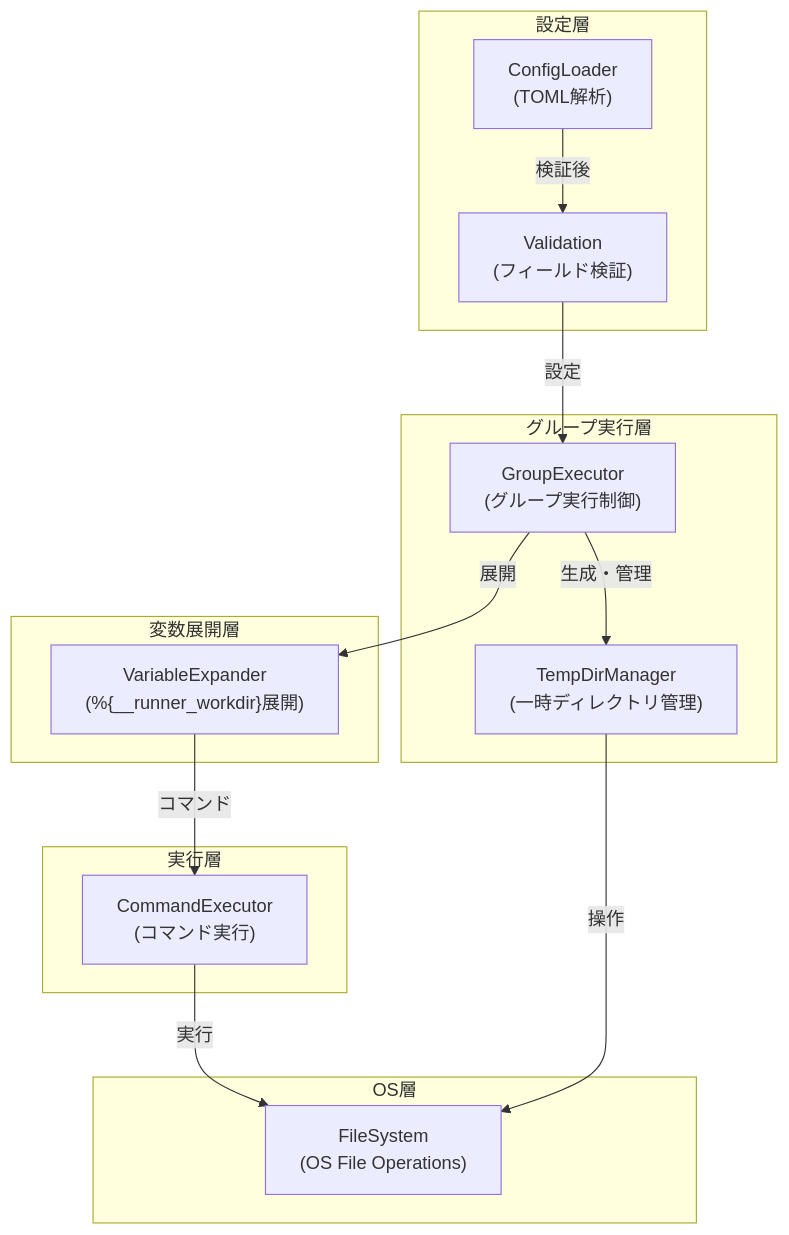
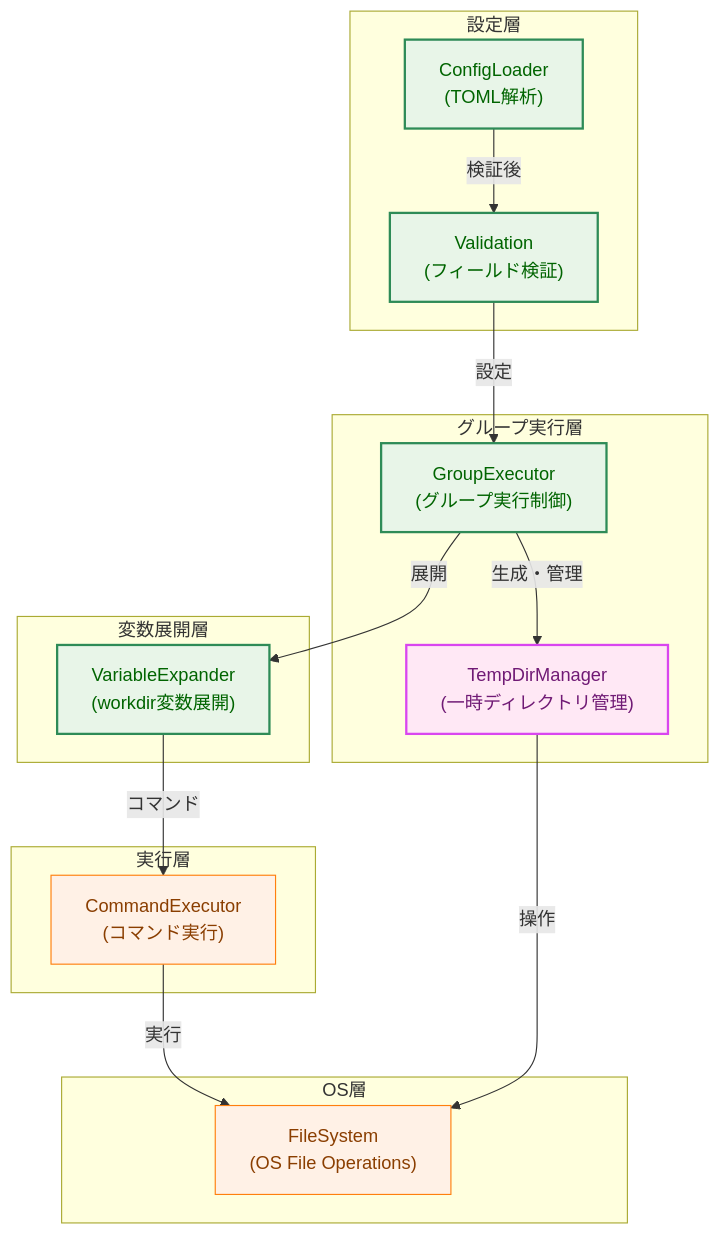
Before and after one commit to isseis/go-safe-cmd-runner: the first of 11 diagrams in docs/tasks/0034_workdir_redesign/02_architecture.md, drawn with Mermaid. The commit also changed other lines of this file and 1 other file, not shown here.

First line of the commit message:
Introduce TempDirManager and refactor group workdir handling

````diff
--- a/docs/tasks/0034_workdir_redesign/02_architecture.md
+++ b/docs/tasks/0034_workdir_redesign/02_architecture.md
@@ -88,32 +92,45 @@
 ```mermaid
 graph TB
+    classDef data fill:#e6f7ff,stroke:#1f77b4,stroke-width:1px,color:#0b3d91;
+    classDef existing fill:#fff1e6,stroke:#ff7f0e,stroke-width:1px,color:#8a3e00;
+    classDef enhanced fill:#e8f5e8,stroke:#2e8b57,stroke-width:2px,color:#006400;
+    classDef new fill:#ffe8f5,stroke:#d946ef,stroke-width:2px,color:#701a75;
+
     subgraph ConfigLayer["設定層"]
         ConfigLoader["ConfigLoader<br/>(TOML解析)"]
         Validation["Validation<br/>(フィールド検証)"]
     end
 
     subgraph GroupLayer["グループ実行層"]
         GroupExecutor["GroupExecutor<br/>(グループ実行制御)"]
         TempDirManager["TempDirManager<br/>(一時ディレクトリ管理)"]
     end
 
     subgraph ExpansionLayer["変数展開層"]
-        VariableExpander["VariableExpander<br/>(%{__runner_workdir}展開)"]
+        VariableExpander["VariableExpander<br/>(workdir変数展開)"]
     end
 
     subgraph ExecutionLayer["実行層"]
         CommandExecutor["CommandExecutor<br/>(コマンド実行)"]
     end
 
     subgraph OSLayer["OS層"]
         FileSystem["FileSystem<br/>(OS File Operations)"]
     end
 
     ConfigLoader -->|検証後| Validation
     Validation -->|設定| GroupExecutor
     GroupExecutor -->|生成・管理| TempDirManager
     GroupExecutor -->|展開| VariableExpander
     VariableExpander -->|コマンド| CommandExecutor
     CommandExecutor -->|実行| FileSystem
     TempDirManager -->|操作| FileSystem
+
+    class ConfigLoader enhanced;
+    class Validation enhanced;
+    class GroupExecutor enhanced;
+    class TempDirManager new;
+    class VariableExpander enhanced;
+    class CommandExecutor existing;
+    class FileSystem existing;
 ```
````
